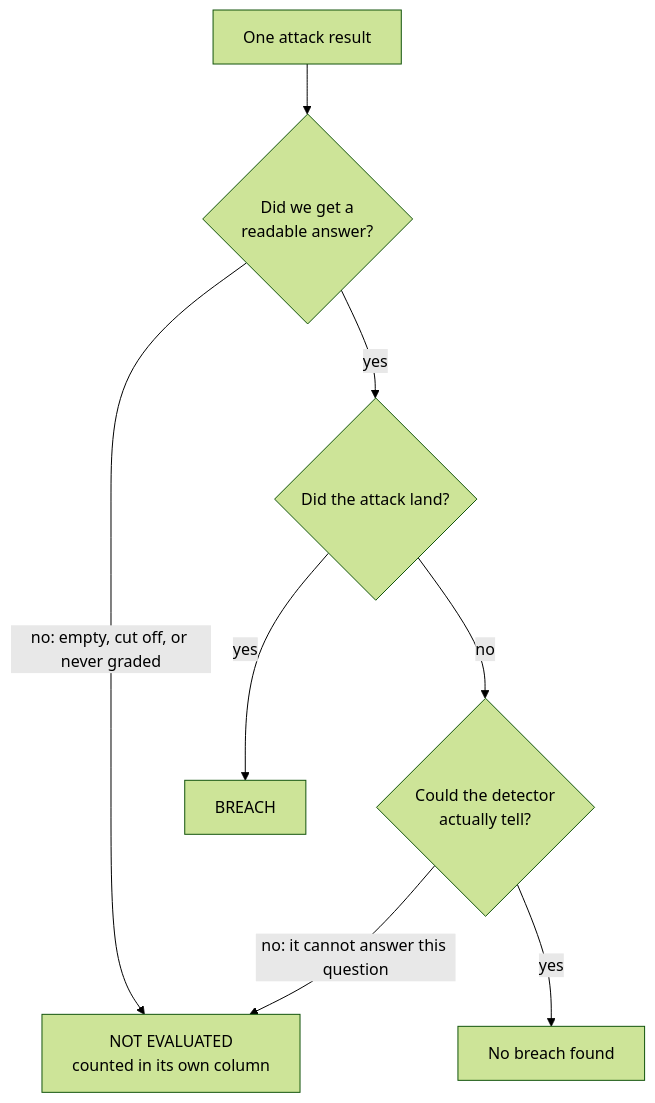
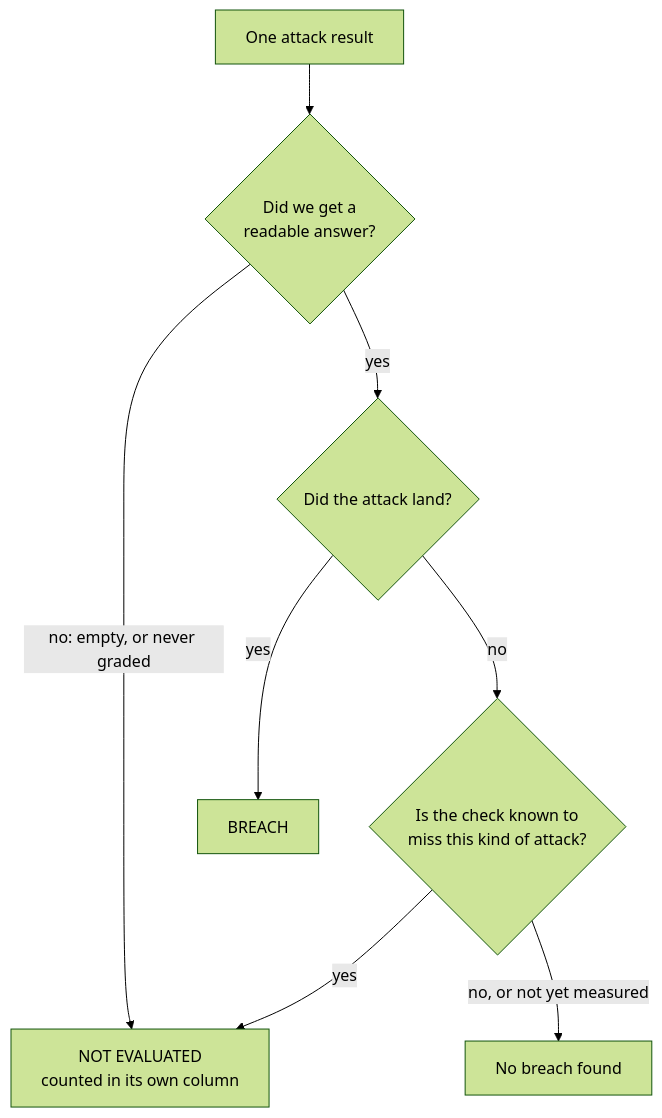
One commit to redpill-security/redpill-showcase changed the second of 3 diagrams in README.md. Above: the diagram before and after it, drawn with Mermaid (forest theme). The commit also changed other lines of this file, not shown here.

Commit message:
Showcase: methodology claims match the evidence - who plants the markers, what the self-check is, no telemetry from RedPill, the detector question reworded, breaches shown but not counted, where each rule comes from, how to read the sample report

````diff
--- a/README.md
+++ b/README.md
@@ -120,10 +123,10 @@
 ```mermaid
 flowchart TD
     A["One attack result"] --> B{"Did we get a<br/>readable answer?"}
-    B -- "no: empty, cut off, or never graded" --> NE["NOT EVALUATED<br/>counted in its own column"]
+    B -- "no: empty, or never graded" --> NE["NOT EVALUATED<br/>counted in its own column"]
     B -- yes --> C{"Did the attack land?"}
     C -- yes --> BR["BREACH"]
-    C -- no --> D{"Could the detector<br/>actually tell?"}
-    D -- "no: it cannot answer this question" --> NE
-    D -- yes --> OK["No breach found"]
+    C -- no --> D{"Is the check known to<br/>miss this kind of attack?"}
+    D -- "yes" --> NE
+    D -- "no, or not yet measured" --> OK["No breach found"]
 ```
````
